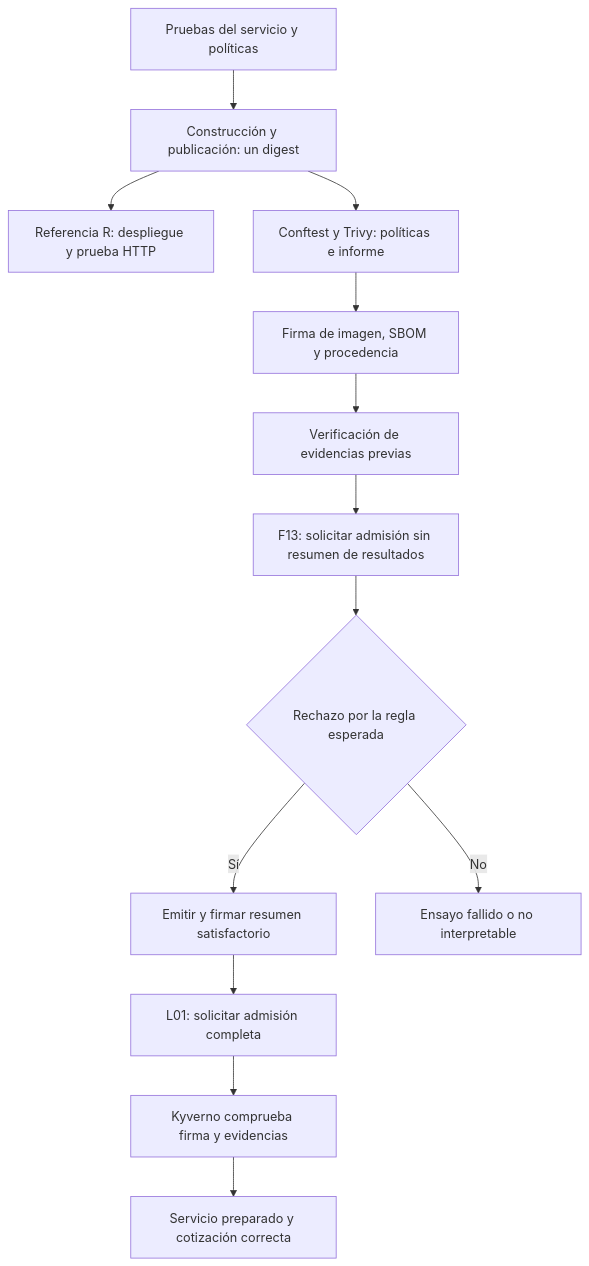
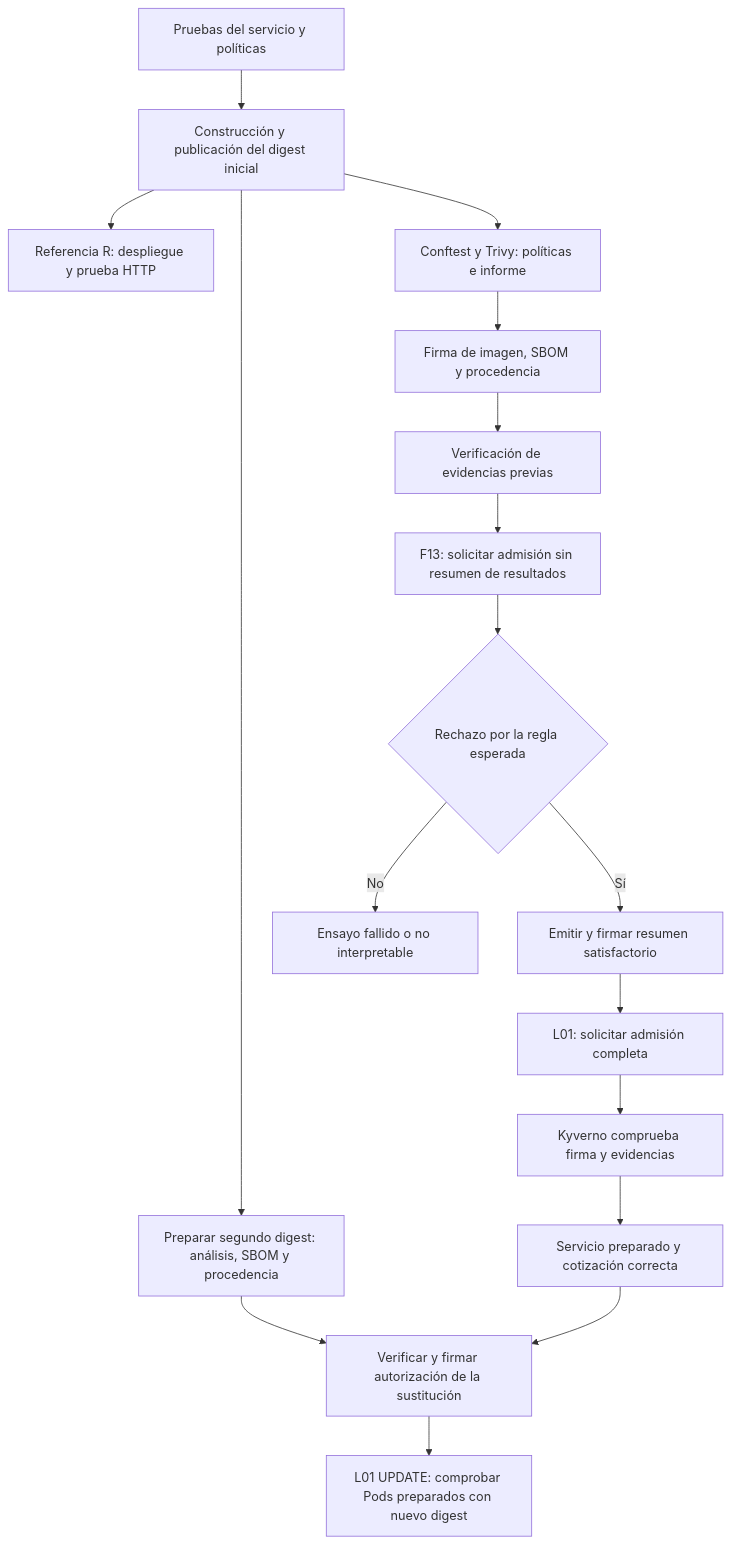
One commit to tfm-goldenpath/golden-path-lab changed the diagram in implementacion/docs/ES/cases/L01-F13/README.md. Above: the diagram before and after it, drawn with Mermaid. The commit also changed other lines of this file and 32 other files, not shown here.

````diff
--- a/implementacion/docs/ES/cases/L01-F13/README.md
+++ b/implementacion/docs/ES/cases/L01-F13/README.md
@@ -28,15 +28,19 @@
 ```mermaid
 flowchart TD
-  T[Pruebas del servicio y políticas] --> B[Construcción y publicación: un digest]
+  T[Pruebas del servicio y políticas] --> B[Construcción y publicación del digest inicial]
   B --> R[Referencia R: despliegue y prueba HTTP]
   B --> P[Conftest y Trivy: políticas e informe]
   P --> E[Firma de imagen, SBOM y procedencia]
   E --> V[Verificación de evidencias previas]
   V --> N[F13: solicitar admisión sin resumen de resultados]
   N --> D{Rechazo por la regla esperada}
   D -->|Sí| S[Emitir y firmar resumen satisfactorio]
   D -->|No| X[Ensayo fallido o no interpretable]
   S --> A[L01: solicitar admisión completa]
   A --> K[Kyverno comprueba firma y evidencias]
   K --> H[Servicio preparado y cotización correcta]
+  B --> U[Preparar segundo digest: análisis, SBOM y procedencia]
+  U --> Q[Verificar y firmar autorización de la sustitución]
+  H --> Q
+  Q --> J[L01 UPDATE: comprobar Pods preparados con nuevo digest]
 ```
````
